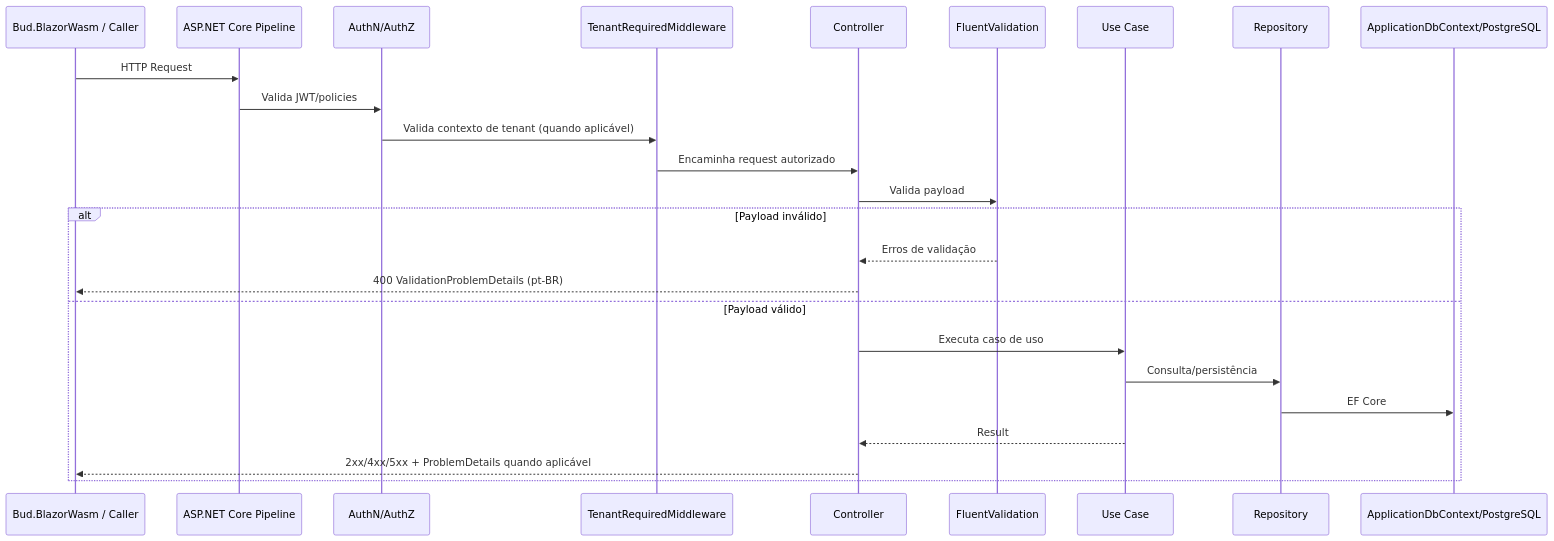
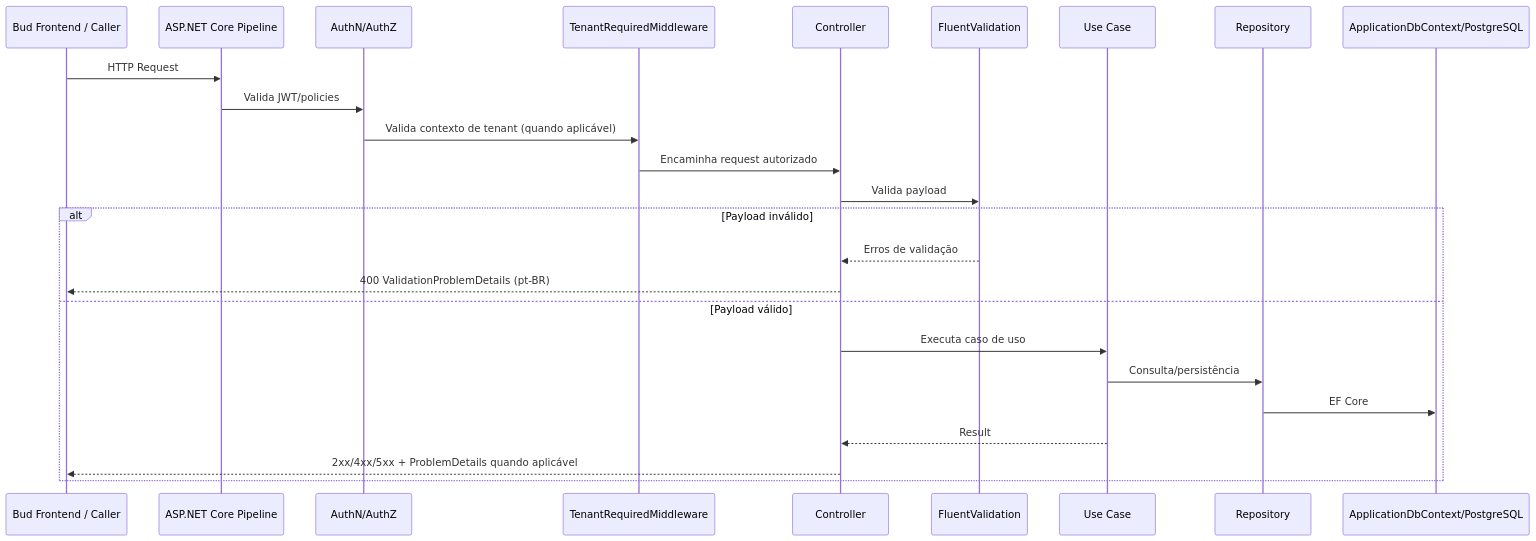
Before and after one commit to getbud-co/bud2: the sixth of 11 diagrams in README.md, drawn with Mermaid. The commit also changed other lines of this file and 11 other files, not shown here.

````diff
--- a/README.md
+++ b/README.md
@@ -392,29 +385,29 @@
 ```mermaid
 sequenceDiagram
-    participant UI as Bud.BlazorWasm / Caller
+    participant UI as Bud Frontend / Caller
     participant API as ASP.NET Core Pipeline
     participant AUTH as AuthN/AuthZ
     participant TENANT as TenantRequiredMiddleware
     participant CTRL as Controller
     participant VAL as FluentValidation
     participant UC as Use Case
     participant REPO as Repository
     participant DB as ApplicationDbContext/PostgreSQL
 
     UI->>API: HTTP Request
     API->>AUTH: Valida JWT/policies
     AUTH->>TENANT: Valida contexto de tenant (quando aplicável)
     TENANT->>CTRL: Encaminha request autorizado
     CTRL->>VAL: Valida payload
 
     alt Payload inválido
         VAL-->>CTRL: Erros de validação
         CTRL-->>UI: 400 ValidationProblemDetails (pt-BR)
     else Payload válido
         CTRL->>UC: Executa caso de uso
         UC->>REPO: Consulta/persistência
         REPO->>DB: EF Core
         UC-->>CTRL: Result
         CTRL-->>UI: 2xx/4xx/5xx + ProblemDetails quando aplicável
     end
 ```
````
